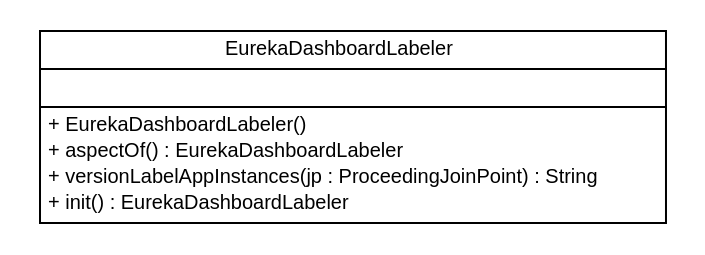
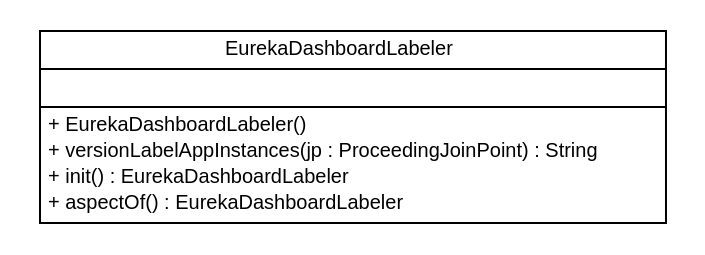
The diagram in snapshot/build-docker/spring-cloud-service-discovery/spring-cloud-eureka/spring-cloud-eureka-dashboard-labeler/apidocs/cn/home1/cloud/netflix/eureka/server/cn.home1.cloud.netflix.eureka.server.dot (cloud-ready/cloud-ready), drawn with Graphviz before and after one commit. The commit also changed other lines of this file and 46 other files, not shown here.

Commit message:
Creating site for spring-cloud-eureka-dashboard-labeler-1.0.1-servicelabel-SNAPSHOT

```diff
--- a/snapshot/build-docker/spring-cloud-service-discovery/spring-cloud-eureka/spring-cloud-eureka-dashboard-labeler/apidocs/cn/home1/cloud/netflix/eureka/server/cn.home1.cloud.netflix.eureka.server.dot
+++ b/snapshot/build-docker/spring-cloud-service-discovery/spring-cloud-eureka/spring-cloud-eureka-dashboard-labeler/apidocs/cn/home1/cloud/netflix/eureka/server/cn.home1.cloud.netflix.eureka.server.dot
@@ -1,27 +1,27 @@
 #!/usr/local/bin/dot
 #
 # Class diagram 
 # Generated by UMLGraph version R5_6-24-gf6e263 (http://www.umlgraph.org/)
 #
 
 digraph G {
 	edge [fontname="Helvetica",fontsize=10,labelfontname="Helvetica",labelfontsize=10];
 	node [fontname="Helvetica",fontsize=10,shape=plaintext];
 	nodesep=0.25;
 	ranksep=0.5;
 	// cn.home1.cloud.netflix.eureka.server.EurekaDashboardLabeler
 	c0 [label=<<table title="cn.home1.cloud.netflix.eureka.server.EurekaDashboardLabeler" border="0" cellborder="1" cellspacing="0" cellpadding="2" port="p" href="./EurekaDashboardLabeler.html">
 		<tr><td><table border="0" cellspacing="0" cellpadding="1">
 <tr><td align="center" balign="center"> EurekaDashboardLabeler </td></tr>
 		</table></td></tr>
 		<tr><td><table border="0" cellspacing="0" cellpadding="1">
 <tr><td align="left" balign="left">  </td></tr>
 		</table></td></tr>
 		<tr><td><table border="0" cellspacing="0" cellpadding="1">
 <tr><td align="left" balign="left"> + EurekaDashboardLabeler() </td></tr>
-<tr><td align="left" balign="left"> + aspectOf() : EurekaDashboardLabeler </td></tr>
 <tr><td align="left" balign="left"> + versionLabelAppInstances(jp : ProceedingJoinPoint) : String </td></tr>
 <tr><td align="left" balign="left"> + init() : EurekaDashboardLabeler </td></tr>
+<tr><td align="left" balign="left"> + aspectOf() : EurekaDashboardLabeler </td></tr>
 		</table></td></tr>
 		</table>>, URL="./EurekaDashboardLabeler.html", fontname="Helvetica", fontcolor="black", fontsize=10.0];
 }
```
